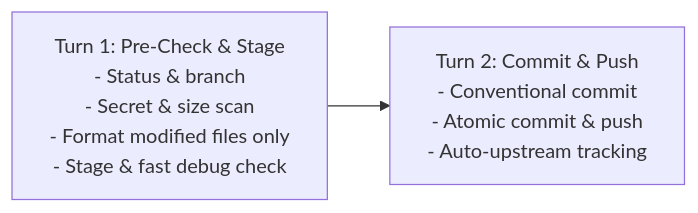
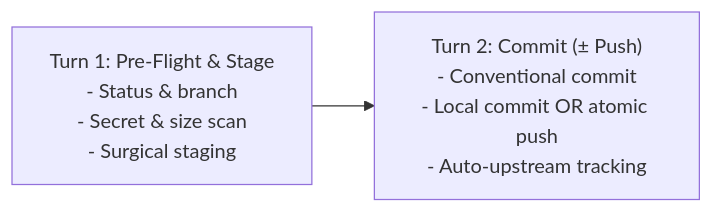
One commit to cylam0/antigravity-customizations changed the diagram in skills/git-commit-push/SKILL.md. Above: the diagram before and after it, drawn with Mermaid. The commit also changed other lines of this file, not shown here.

First line of the commit message:
refactor(skills): decouple commit/push and streamline git-commit-push

````diff
--- a/skills/git-commit-push/SKILL.md
+++ b/skills/git-commit-push/SKILL.md
@@ -23,4 +31,4 @@
 ```mermaid
 flowchart LR
-    P1["Turn 1: Pre-Check & Stage<br/>- Status & branch<br/>- Secret & size scan<br/>- Format modified files only<br/>- Stage & fast debug check"] --> P2["Turn 2: Commit & Push<br/>- Conventional commit<br/>- Atomic commit & push<br/>- Auto-upstream tracking"]
+    P1["Turn 1: Pre-Flight & Stage<br/>- Status & branch<br/>- Secret & size scan<br/>- Surgical staging"] --> P2["Turn 2: Commit (± Push)<br/>- Conventional commit<br/>- Local commit OR atomic push<br/>- Auto-upstream tracking"]
 ```
````
